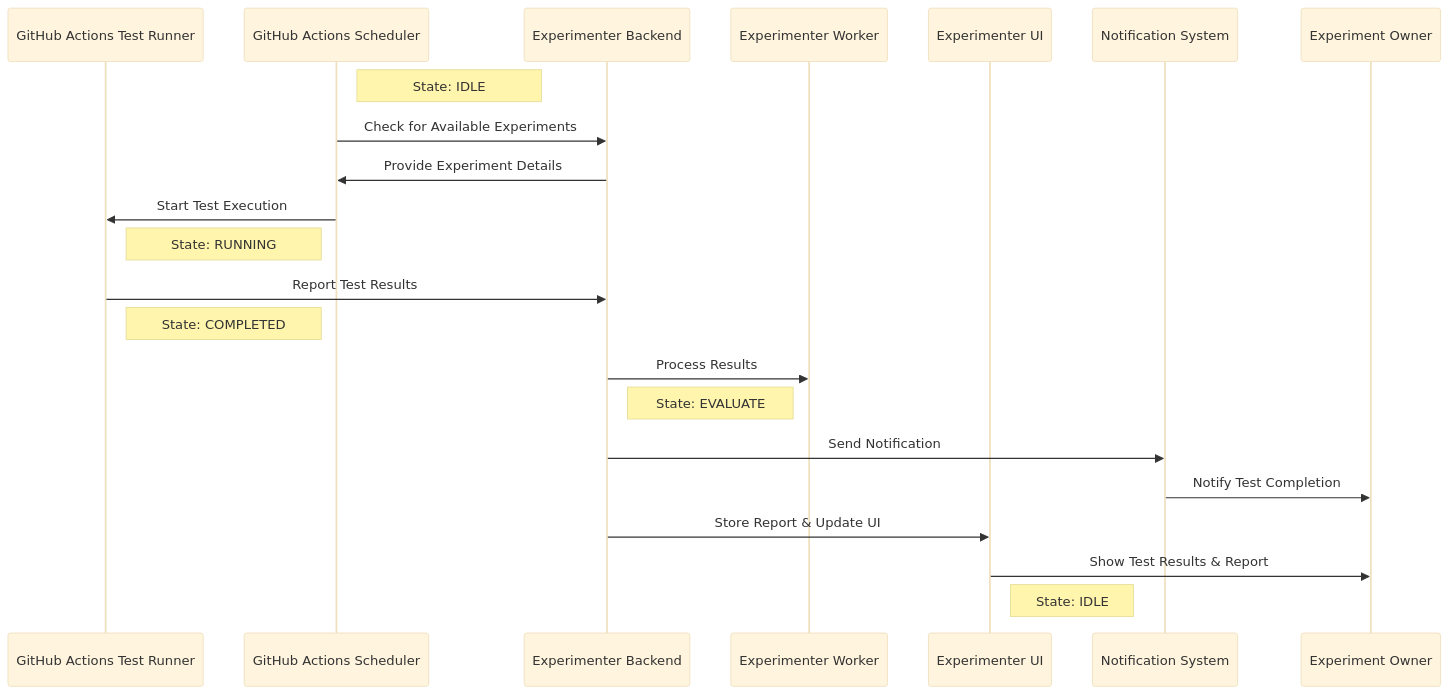
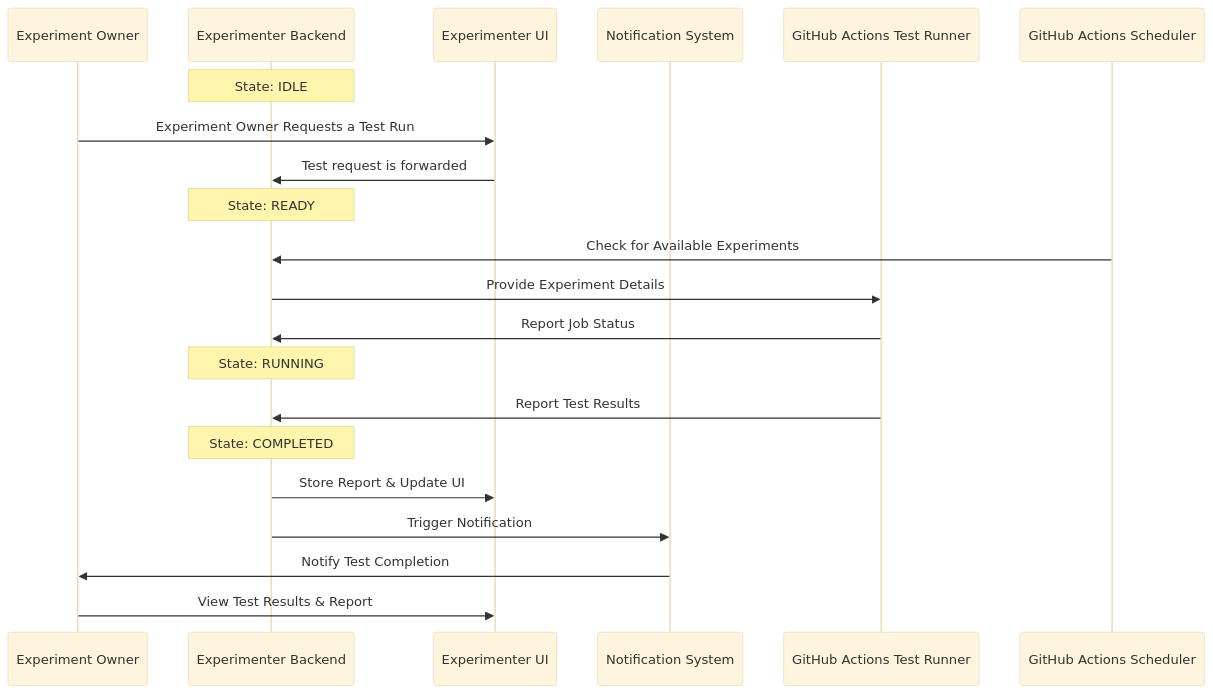
The third of 7 diagrams in docs/sequences.md (mozilla/klaatu), drawn with Mermaid (base theme) before and after one commit. The commit also changed other lines of this file, not shown here.

Commit message:
Update sequence diagrams after review.

````diff
--- a/docs/sequences.md
+++ b/docs/sequences.md
@@ -55,25 +53,25 @@
 ```mermaid
     sequenceDiagram
+        
+        participant Experiment Owner
+        participant Experimenter Backend
+        participant Experimenter UI
+        participant Notification System
         participant GitHub Actions Test Runner
         participant GitHub Actions Scheduler
-        participant Experimenter Backend
-        participant Experimenter Worker
-        participant Experimenter UI
-        participant Notification System
-        participant Experiment Owner
 
-        Note right of GitHub Actions Scheduler: State: IDLE
+        Note over Experimenter Backend: State: IDLE
+        Experiment Owner ->> Experimenter UI: Experiment Owner Requests a Test Run
+        Experimenter UI ->> Experimenter Backend: Test request is forwarded
+        Note over Experimenter Backend: State: READY
         GitHub Actions Scheduler ->> Experimenter Backend: Check for Available Experiments
-        Experimenter Backend ->> GitHub Actions Scheduler: Provide Experiment Details
-        GitHub Actions Scheduler ->> GitHub Actions Test Runner: Start Test Execution
-        Note right of GitHub Actions Test Runner: State: RUNNING
+        Experimenter Backend ->> GitHub Actions Test Runner: Provide Experiment Details
+        GitHub Actions Test Runner ->> Experimenter Backend: Report Job Status
+        Note over Experimenter Backend: State: RUNNING
         GitHub Actions Test Runner ->> Experimenter Backend: Report Test Results
-        Note right of GitHub Actions Test Runner: State: COMPLETED
-        Experimenter Backend ->> Experimenter Worker: Process Results
-        Note right of Experimenter Backend: State: EVALUATE
-        Experimenter Backend ->> Notification System: Send Notification
+        Note over Experimenter Backend: State: COMPLETED
+        Experimenter Backend ->> Experimenter UI: Store Report & Update UI
+        Experimenter Backend ->> Notification System: Trigger Notification
         Notification System ->> Experiment Owner: Notify Test Completion
-        Experimenter Backend ->> Experimenter UI: Store Report & Update UI
-        Experimenter UI ->> Experiment Owner: Show Test Results & Report
-        Note right of Experimenter UI: State: IDLE
+        Experiment Owner ->> Experimenter UI: View Test Results & Report
 ```
````
